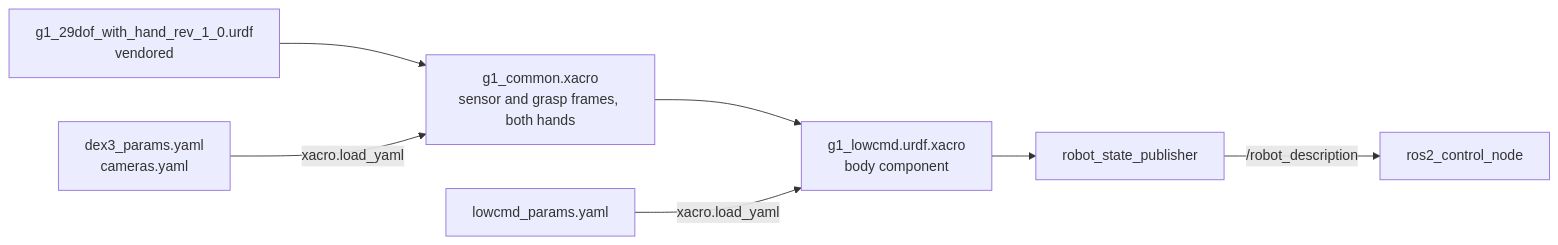
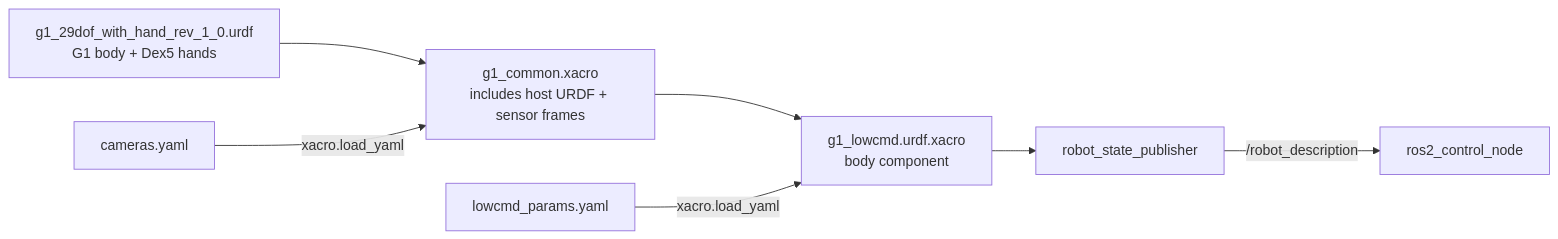
Before and after one commit to Mertsr/merts-g1-dex5: the diagram in workspace/src/g1_description/README.md, drawn with Mermaid. The commit also changed other lines of this file and 5 other files, not shown here.

Commit message:
Flatten Dex5 models into host URDF

````diff
--- a/workspace/src/g1_description/README.md
+++ b/workspace/src/g1_description/README.md
@@ -7,8 +6,8 @@
 ```mermaid
 flowchart LR
-    V["g1_29dof_with_hand_rev_1_0.urdf<br/>vendored"] --> C
-    D["dex3_params.yaml<br/>cameras.yaml"] -- "xacro.load_yaml" --> C
-    C["g1_common.xacro<br/>sensor and grasp frames, both hands"] --> X["g1_lowcmd.urdf.xacro<br/>body component"]
+    V["g1_29dof_with_hand_rev_1_0.urdf<br/>G1 body + Dex5 hands"] --> C
+    D["cameras.yaml"] -- "xacro.load_yaml" --> C
+    C["g1_common.xacro<br/>includes host URDF + sensor frames"] --> X["g1_lowcmd.urdf.xacro<br/>body component"]
     L["lowcmd_params.yaml"] -- "xacro.load_yaml" --> X
     X --> RSP["robot_state_publisher"] -- "/robot_description" --> CM["ros2_control_node"]
 ```
````
